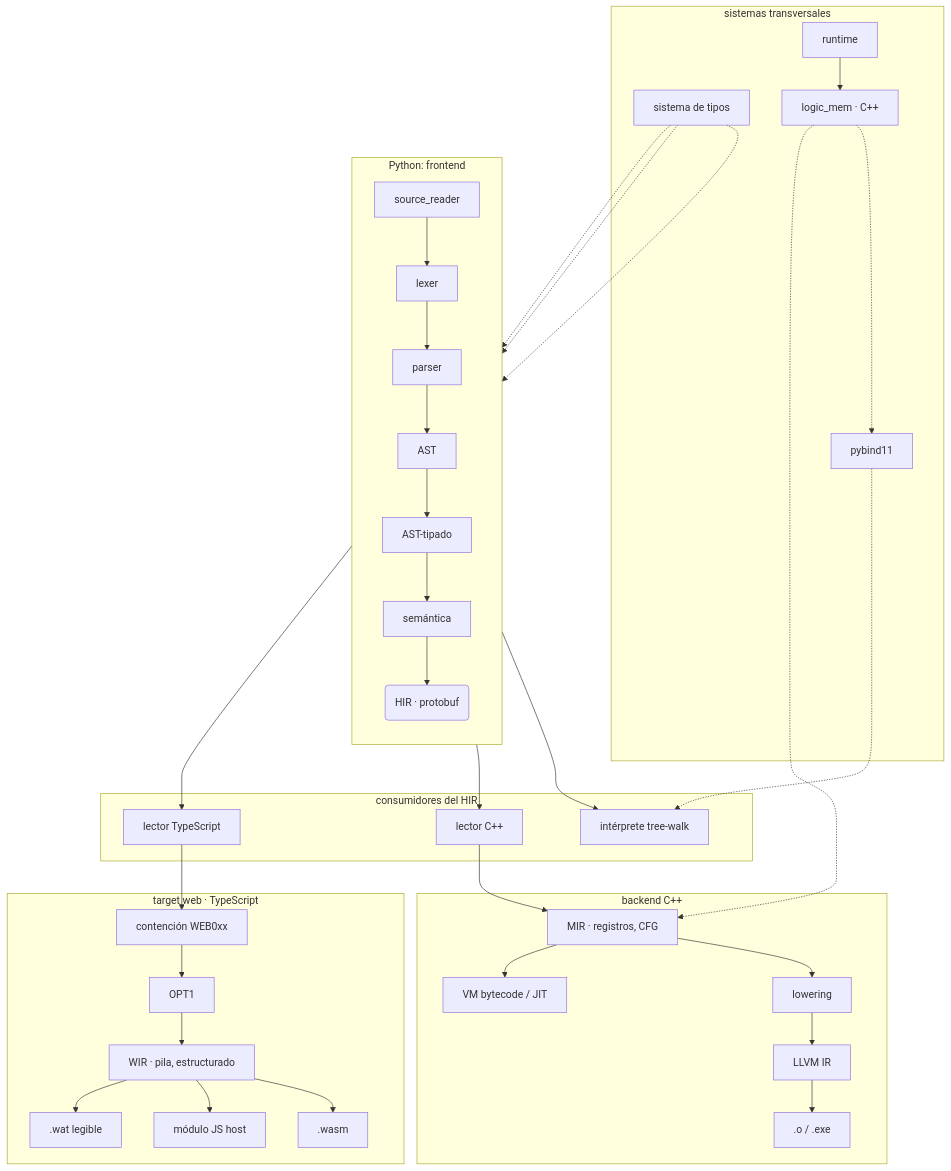
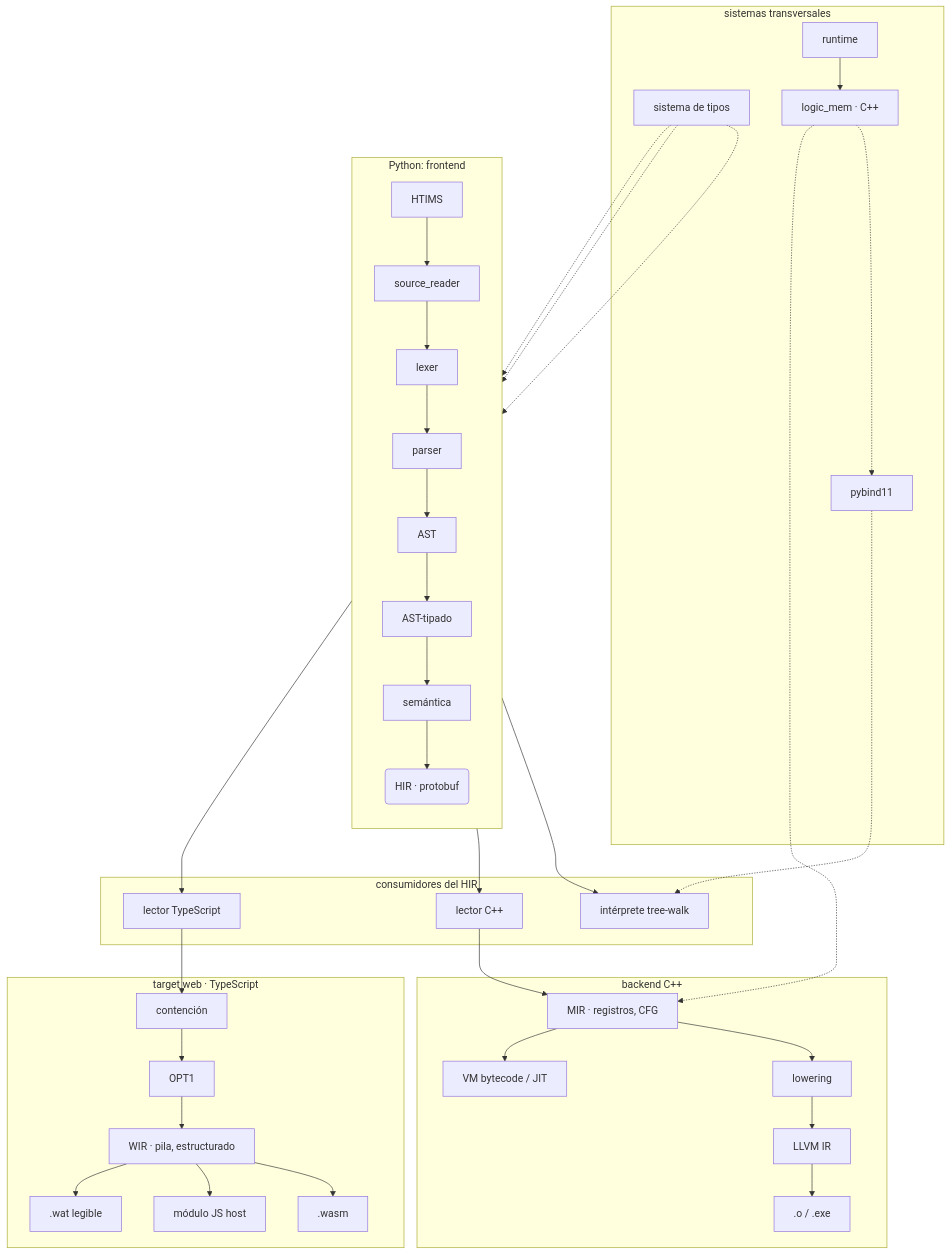
Before and after one commit to samue1-pineda/suriaX: the diagram in ARCHITECTURE.md, drawn with Mermaid. The commit also changed other lines of this file and 17 other files, not shown here.

````diff
--- a/ARCHITECTURE.md
+++ b/ARCHITECTURE.md
@@ -15,46 +15,47 @@
 ```mermaid
 graph TD
 
 subgraph Python_Frontend [Python: frontend]
 direction TB
+HTIMS-->SR
 SR[source_reader]-->lexer;
 lexer-->parser;
 parser-->AST;
 AST-->Typed_AST[AST-tipado];
 Typed_AST-->semantic[semántica]
 semantic-->HIR(HIR · protobuf)
 end
 
 subgraph HIR_consumers [consumidores del HIR]
 HIR --> interpreter[intérprete tree-walk]
 HIR --> HIR_cpp[lector C++]
 HIR --> HIR_web[lector TypeScript]
 end
 
 subgraph Cpp_backend [backend C++]
 HIR_cpp --> MIR[MIR · registros, CFG]
 MIR --> lowering
 lowering --> LLVM_IR[LLVM IR]
 LLVM_IR --> nativo[.o / .exe]
 MIR --> VM_JIT[VM bytecode / JIT]
 end
 
 subgraph Web_target [target web · TypeScript]
-HIR_web --> contencion[contención WEB0xx]
+HIR_web --> contencion[contención]
 contencion --> DCE[OPT1]
 DCE --> WIR[WIR · pila, estructurado]
 WIR --> wasm[.wasm]
 WIR --> js[módulo JS host]
 WIR --> wat[.wat legible]
 end
 
 subgraph decoupled [sistemas transversales]
 type_system[sistema de tipos] -.-> Typed_AST
 type_system -.-> semantic
 type_system -.-> HIR
 runtime[runtime] --> memory_logic[logic_mem · C++]
 memory_logic -.-> pybind11
 pybind11 -.-> interpreter
 memory_logic -.-> MIR
 end
 ```
````
